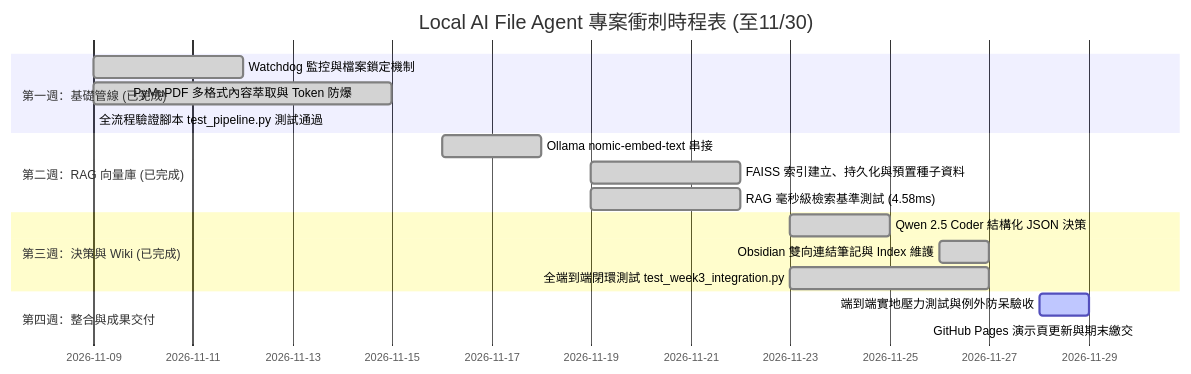
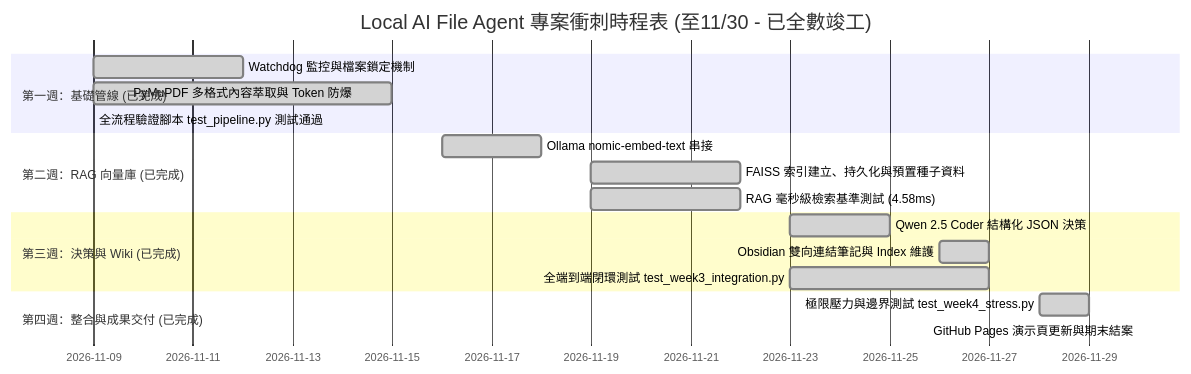
Before and after one commit to PhilipLin0211/115_1_TAICA_IVEAI: the diagram in Local AI File Agent/PROGRESS.md, drawn with Mermaid. The commit also changed other lines of this file and 5 other files, not shown here.

````diff
--- a/Local AI File Agent/PROGRESS.md
+++ b/Local AI File Agent/PROGRESS.md
@@ -17,20 +17,20 @@
 ```mermaid
 gantt
-    title Local AI File Agent 專案衝刺時程表 (至11/30)
+    title Local AI File Agent 專案衝刺時程表 (至11/30 - 已全數竣工)
     dateFormat  YYYY-MM-DD
     section 第一週：基礎管線 (已完成)
     Watchdog 監控與檔案鎖定機制         :done,    w1_1, 2026-11-09, 2026-11-12
     PyMuPDF 多格式內容萃取與 Token 防爆   :done,    w1_2, 2026-11-09, 2026-11-15
     全流程驗證腳本 test_pipeline.py 測試通過 :done,  w1_3, 2026-11-09, 2026-11-09
     section 第二週：RAG 向量庫 (已完成)
     Ollama nomic-embed-text 串接        :done,    w2_1, 2026-11-16, 2026-11-18
     FAISS 索引建立、持久化與預置種子資料 :done,    w2_2, 2026-11-19, 2026-11-22
     RAG 毫秒級檢索基準測試 (4.58ms)       :done,    w2_3, 2026-11-19, 2026-11-22
     section 第三週：決策與 Wiki (已完成)
     Qwen 2.5 Coder 結構化 JSON 決策     :done,    w3_1, 2026-11-23, 2026-11-25
     Obsidian 雙向連結筆記與 Index 維護   :done,    w3_2, 2026-11-26, 2026-11-27
     全端到端閉環測試 test_week3_integration.py :done, w3_3, 2026-11-23, 2026-11-27
-    section 第四週：整合與成果交付
-    端到端實地壓力測試與例外防呆驗收    :active,  w4_1, 2026-11-28, 2026-11-29
-    GitHub Pages 演示頁更新與期末繳交   :active,  w4_2, 2026-11-30, 2026-11-30
+    section 第四週：整合與成果交付 (已完成)
+    極限壓力與邊界測試 test_week4_stress.py :done,  w4_1, 2026-11-28, 2026-11-29
+    GitHub Pages 演示頁更新與期末結案   :done,    w4_2, 2026-11-30, 2026-11-30
 ```
````
